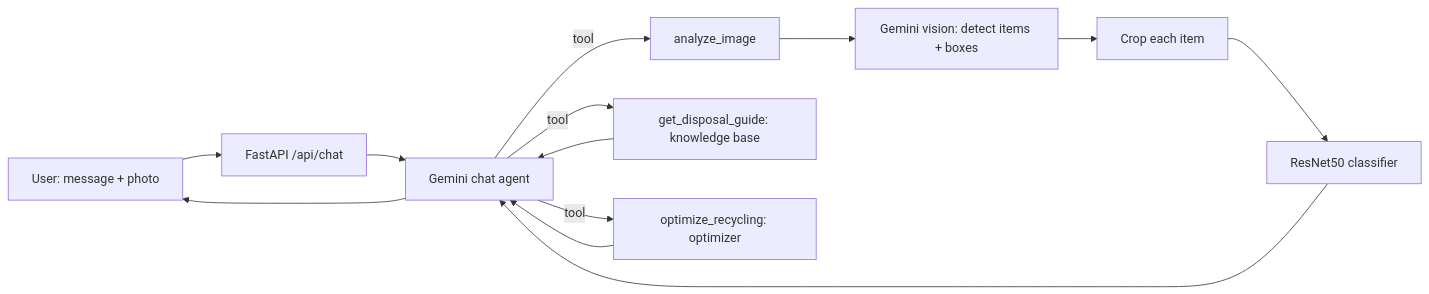
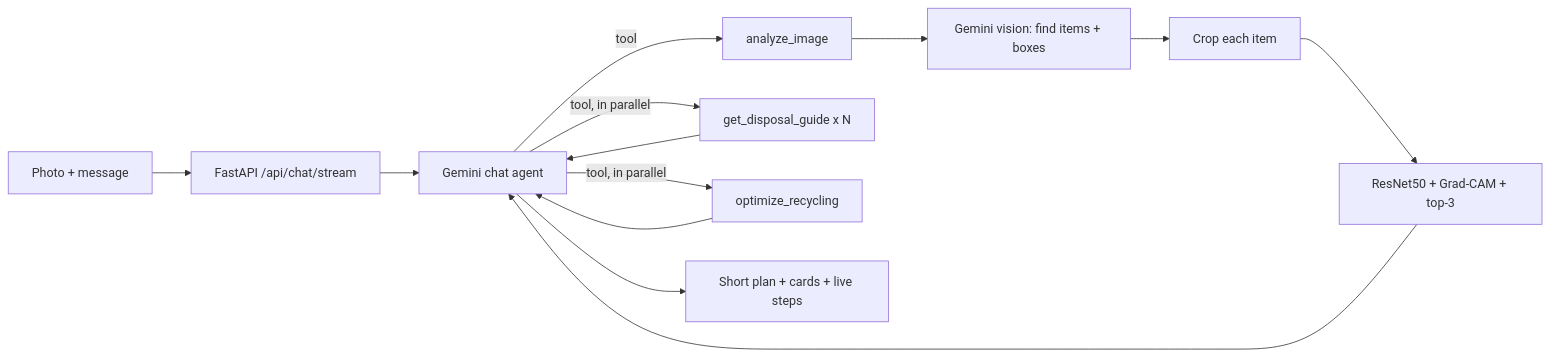
Before and after one commit to Sharan-6905/cmritcse: the diagram in PROJECT_JOURNEY.md, drawn with Mermaid. The commit also changed other lines of this file and 4 other files, not shown here.

````diff
--- a/PROJECT_JOURNEY.md
+++ b/PROJECT_JOURNEY.md
@@ -101,15 +99,15 @@
 ```mermaid
 flowchart LR
-    U[User: message + photo] --> API[FastAPI /api/chat]
+    U[Photo + message] --> API[FastAPI /api/chat/stream]
     API --> A[Gemini chat agent]
     A -->|tool| D[analyze_image]
-    D --> G1[Gemini vision: detect items + boxes]
-    G1 --> C[Crop each item]
-    C --> R[ResNet50 classifier]
-    A -->|tool| K[get_disposal_guide: knowledge base]
-    A -->|tool| O[optimize_recycling: optimizer]
+    D --> G[Gemini vision: find items + boxes]
+    G --> C[Crop each item]
+    C --> R[ResNet50 + Grad-CAM + top-3]
     R --> A
+    A -->|tool, in parallel| K[get_disposal_guide x N]
+    A -->|tool, in parallel| O[optimize_recycling]
     K --> A
     O --> A
-    A --> U
+    A --> UI[Short plan + cards + live steps]
 ```
````
